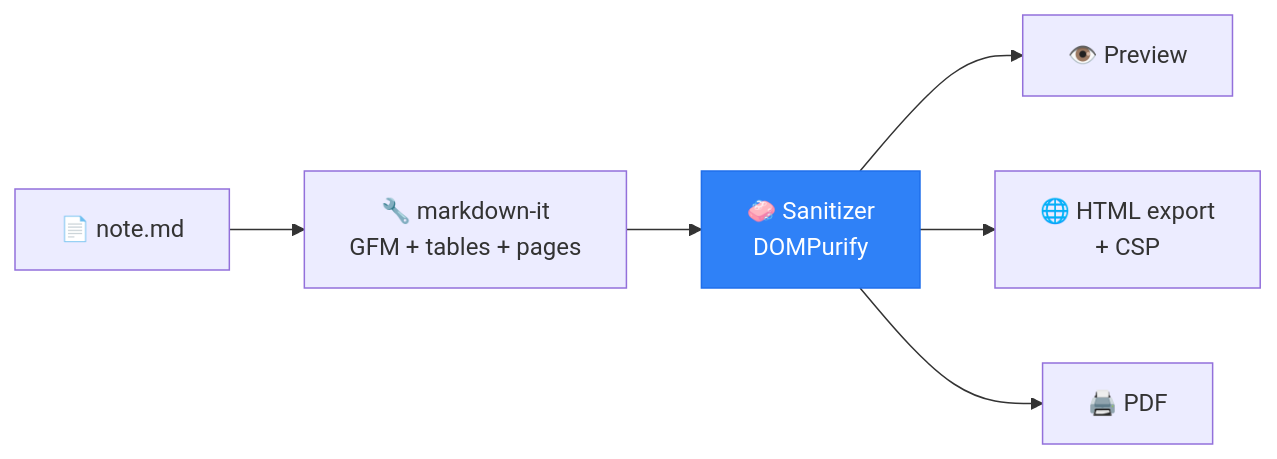
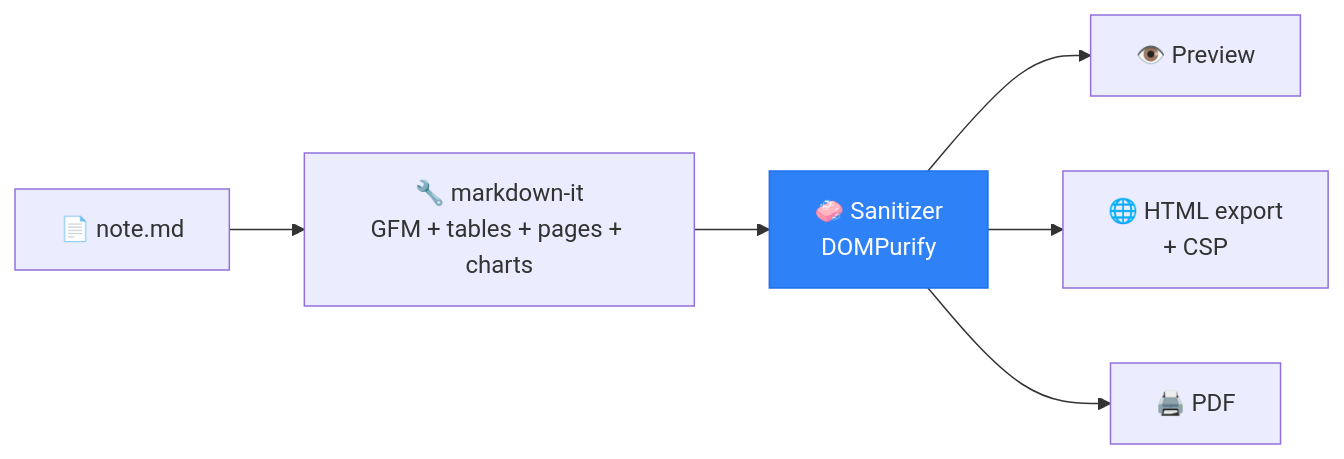
Before and after one commit to csnakke/tendril: the eighth of 8 diagrams in README.md, drawn with Mermaid. The commit also changed other lines of this file and 26 other files, not shown here.

First line of the commit message:
Add customisable 3D bar and 3D pie charts

````diff
--- a/README.md
+++ b/README.md
@@ -697,9 +816,9 @@
 ```mermaid
 flowchart LR
-    A["📄 note.md"] --> B["🔧 markdown-it<br/>GFM + tables + pages"]
+    A["📄 note.md"] --> B["🔧 markdown-it<br/>GFM + tables + pages + charts"]
     B --> C["🧼 Sanitizer<br/>DOMPurify"]
     C --> D["👁️ Preview"]
     C --> E["🌐 HTML export<br/>+ CSP"]
     C --> F["🖨️ PDF"]
     style C fill:#2f81f7,stroke:#1f6feb,color:#fff
 ```
````
